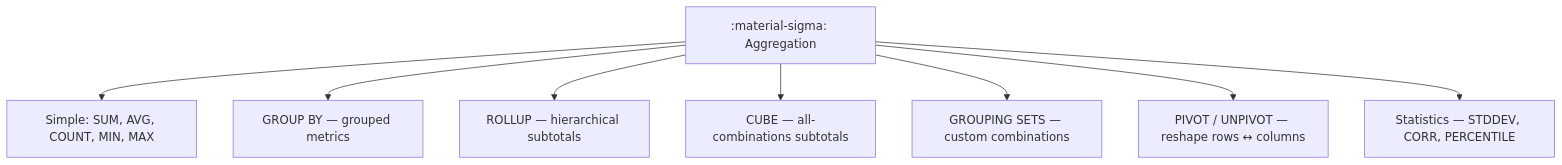
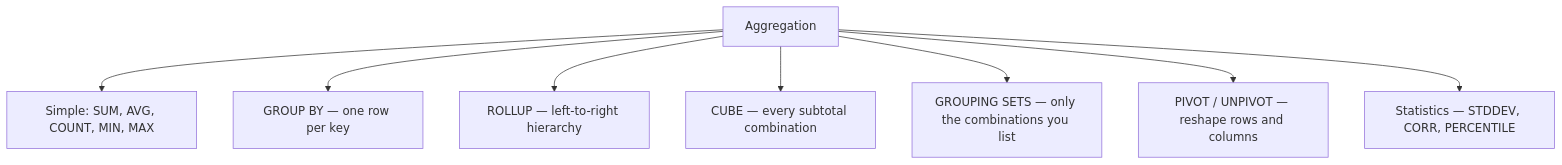
Before and after one commit to mahfooziiitian/spark-batch: the diagram in spark-sql/docs/querying/aggregation/index.md, drawn with Mermaid. The commit also changed other lines of this file and 809 other files, not shown here.

````diff
--- a/spark-sql/docs/querying/aggregation/index.md
+++ b/spark-sql/docs/querying/aggregation/index.md
@@ -9,10 +9,10 @@
 ```mermaid
 graph TD
-    A[":material-sigma: Aggregation"] --> B["Simple: SUM, AVG, COUNT, MIN, MAX"]
-    A --> C["GROUP BY — grouped metrics"]
-    A --> D["ROLLUP — hierarchical subtotals"]
-    A --> E["CUBE — all-combinations subtotals"]
-    A --> F["GROUPING SETS — custom combinations"]
-    A --> G["PIVOT / UNPIVOT — reshape rows ↔ columns"]
+    A["Aggregation"] --> B["Simple: SUM, AVG, COUNT, MIN, MAX"]
+    A --> C["GROUP BY — one row per key"]
+    A --> D["ROLLUP — left-to-right hierarchy"]
+    A --> E["CUBE — every subtotal combination"]
+    A --> F["GROUPING SETS — only the combinations you list"]
+    A --> G["PIVOT / UNPIVOT — reshape rows and columns"]
     A --> H["Statistics — STDDEV, CORR, PERCENTILE"]
 ```
````
